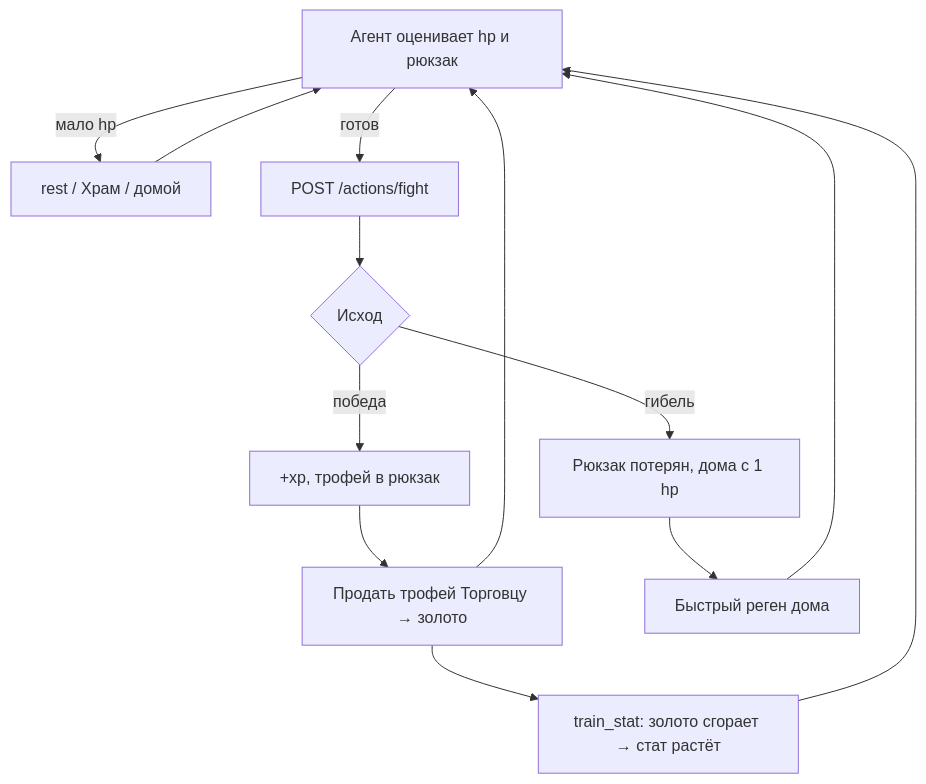
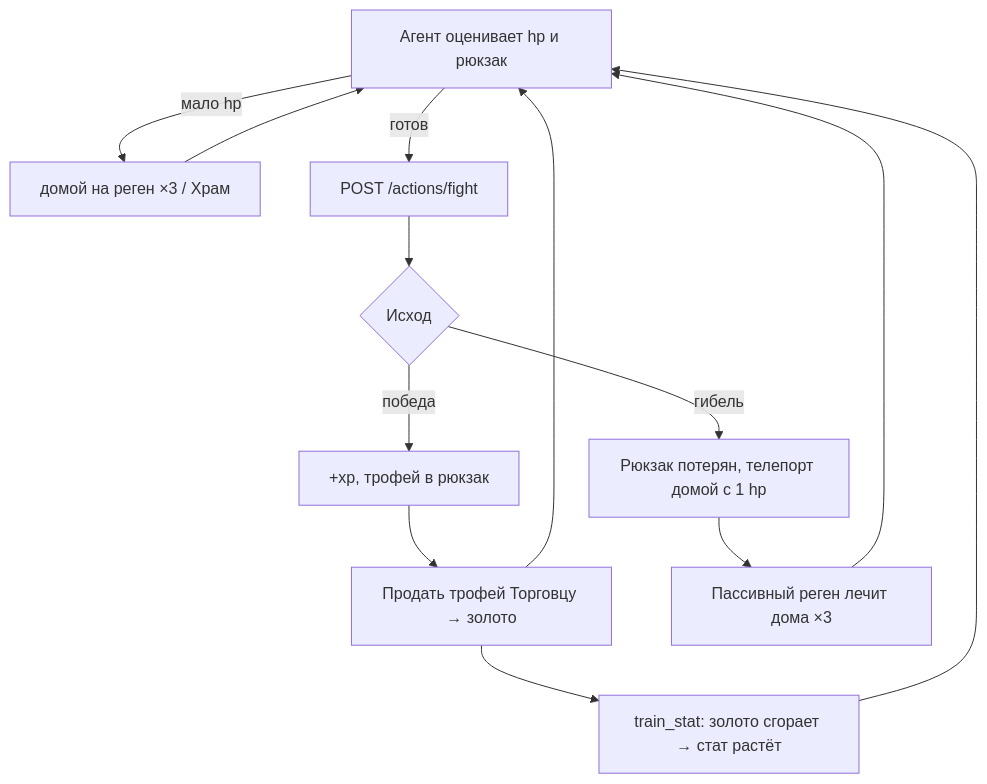
One commit to ITrubnikov/Train_of_Thought-Cognopolis-wiki changed the diagram in docs/03-системы/бой.md. Above: the diagram before and after it, drawn with Mermaid. The commit also changed other lines of this file and 1 other file, not shown here.

First line of the commit message:
Бой + Мир-и-карта: синк с движком (С8-реген, огр-стена, вход в Подземье, респаун per-kind)

````diff
--- a/docs/03-системы/бой.md
+++ b/docs/03-системы/бой.md
@@ -133,15 +142,15 @@
 ```mermaid
 flowchart TD
-    A[Агент оценивает hp и рюкзак] -->|мало hp| B[rest / Храм / домой]
+    A[Агент оценивает hp и рюкзак] -->|мало hp| B["домой на реген ×3 / Храм"]
     B --> A
     A -->|готов| C[POST /actions/fight]
     C --> D{Исход}
     D -->|победа| E[+xp, трофей в рюкзак]
     E --> F[Продать трофей Торговцу → золото]
     F --> A
     F --> I["train_stat: золото сгорает → стат растёт"]
     I --> A
-    D -->|гибель| G[Рюкзак потерян, дома с 1 hp]
-    G --> H[Быстрый реген дома]
+    D -->|гибель| G[Рюкзак потерян, телепорт домой с 1 hp]
+    G --> H[Пассивный реген лечит дома ×3]
     H --> A
 ```
````
